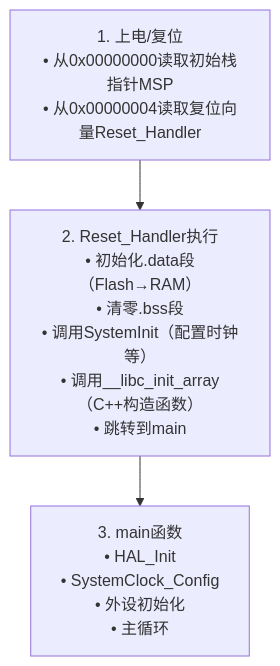
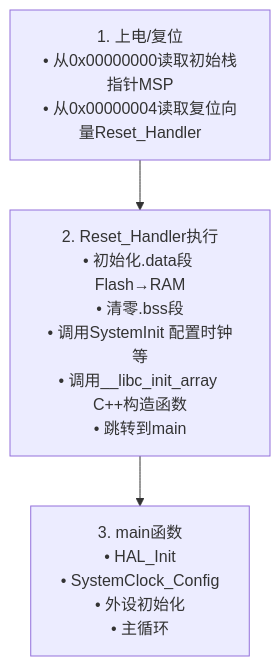
The third of 5 diagrams in content/articles/embedded/embedded-02-嵌入式必知必会.md (jpixy/jpixy.github.io), drawn with Mermaid before and after one commit. The commit also changed 66 other files, not shown here.

Commit message:
fix: resolve Mermaid syntax errors by removing parentheses in node labels

````diff
--- a/content/articles/embedded/embedded-02-嵌入式必知必会.md
+++ b/content/articles/embedded/embedded-02-嵌入式必知必会.md
@@ -239,5 +239,5 @@
 ```mermaid
 graph TB
-    A["1. 上电/复位<br/>• 从0x00000000读取初始栈指针MSP<br/>• 从0x00000004读取复位向量Reset_Handler"] --> B["2. Reset_Handler执行<br/>• 初始化.data段（Flash→RAM）<br/>• 清零.bss段<br/>• 调用SystemInit（配置时钟等）<br/>• 调用__libc_init_array（C++构造函数）<br/>• 跳转到main"]
+    A["1. 上电/复位<br/>• 从0x00000000读取初始栈指针MSP<br/>• 从0x00000004读取复位向量Reset_Handler"] --> B["2. Reset_Handler执行<br/>• 初始化.data段 Flash→RAM<br/>• 清零.bss段<br/>• 调用SystemInit 配置时钟等<br/>• 调用__libc_init_array C++构造函数<br/>• 跳转到main"]
     B --> C["3. main函数<br/>• HAL_Init<br/>• SystemClock_Config<br/>• 外设初始化<br/>• 主循环"]
 ```
````
